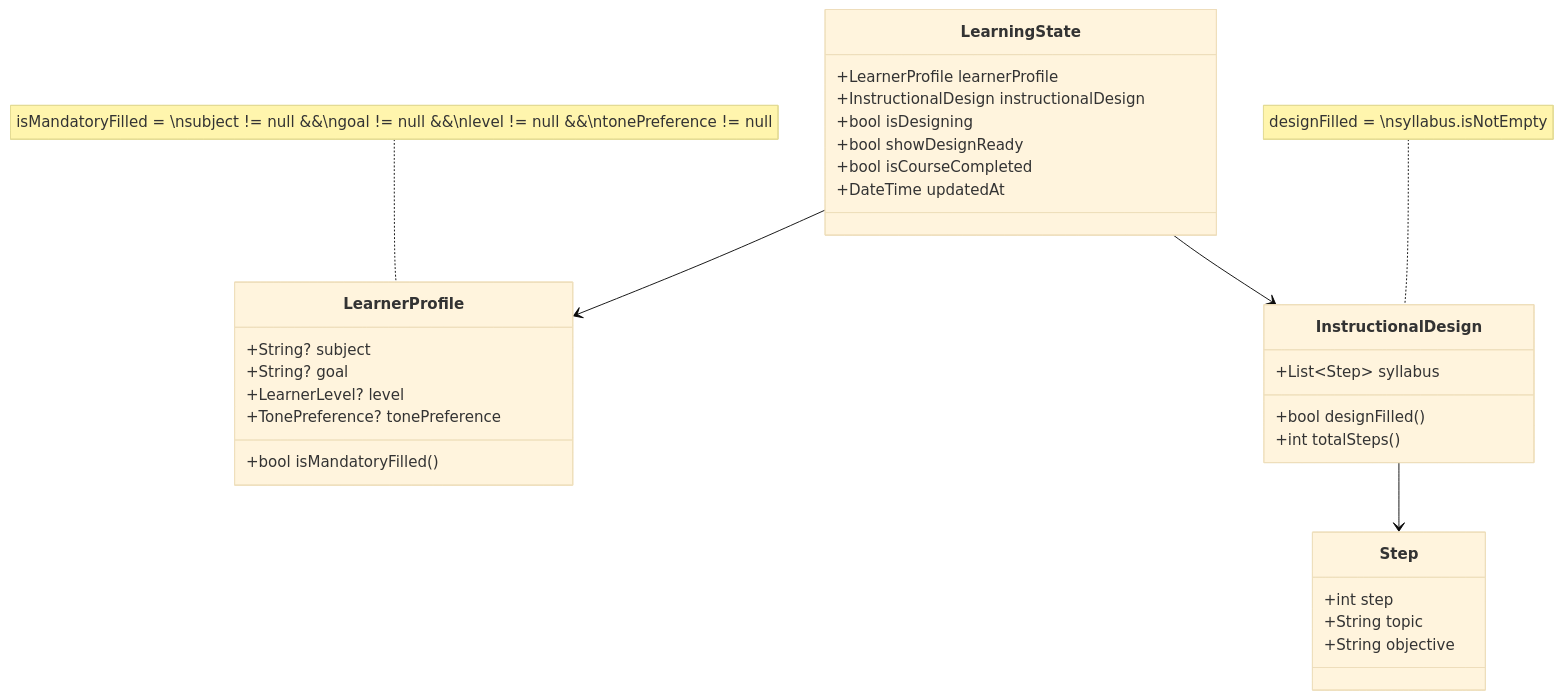
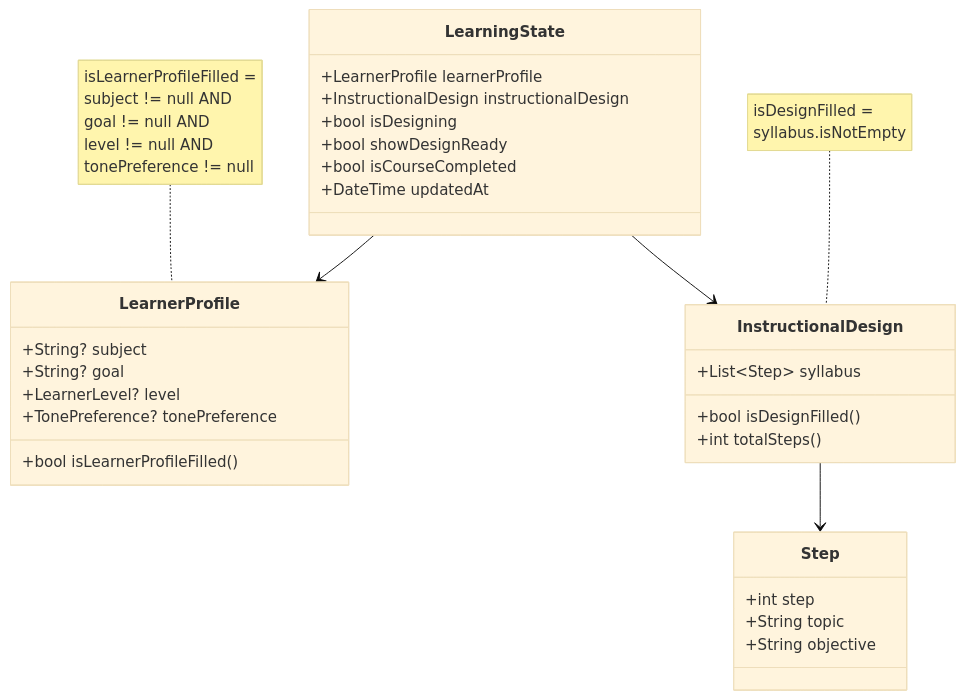
One commit to baekdusan/research-addie-chatbot changed the second of 4 diagrams in flowchart.md. Above: the diagram before and after it, drawn with Mermaid (base theme). The commit also changed other lines of this file and 4 other files, not shown here.

Commit message:
v2 flowchart 그리기 + 관련 조건 플래그 이름 변경

````diff
--- a/flowchart.md
+++ b/flowchart.md
@@ -50,39 +50,39 @@
 ```mermaid
 classDiagram
     class LearningState {
         +LearnerProfile learnerProfile
         +InstructionalDesign instructionalDesign
         +bool isDesigning
         +bool showDesignReady
         +bool isCourseCompleted
         +DateTime updatedAt
     }
 
     class LearnerProfile {
         +String? subject
         +String? goal
         +LearnerLevel? level
         +TonePreference? tonePreference
-        +bool isMandatoryFilled()
+        +bool isLearnerProfileFilled()
     }
 
     class InstructionalDesign {
         +List~Step~ syllabus
-        +bool designFilled()
+        +bool isDesignFilled()
         +int totalSteps()
     }
 
     class Step {
         +int step
         +String topic
         +String objective
     }
 
     LearningState --> LearnerProfile
     LearningState --> InstructionalDesign
     InstructionalDesign --> Step
 
-    note for LearnerProfile "isMandatoryFilled = \nsubject != null &&\ngoal != null &&\nlevel != null &&\ntonePreference != null"
+    note for LearnerProfile "isLearnerProfileFilled = <br/>subject != null AND<br/>goal != null AND<br/>level != null AND<br/>tonePreference != null"
 
-    note for InstructionalDesign "designFilled = \nsyllabus.isNotEmpty"
+    note for InstructionalDesign "isDesignFilled = <br/>syllabus.isNotEmpty"
 ```
````
